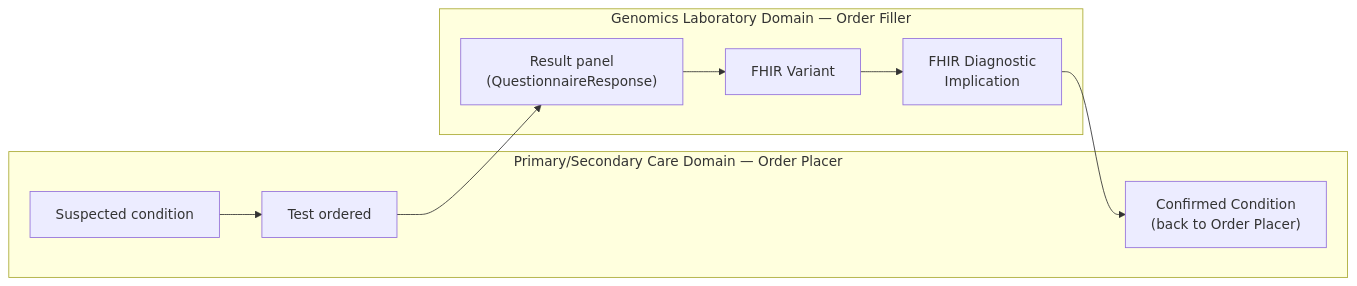
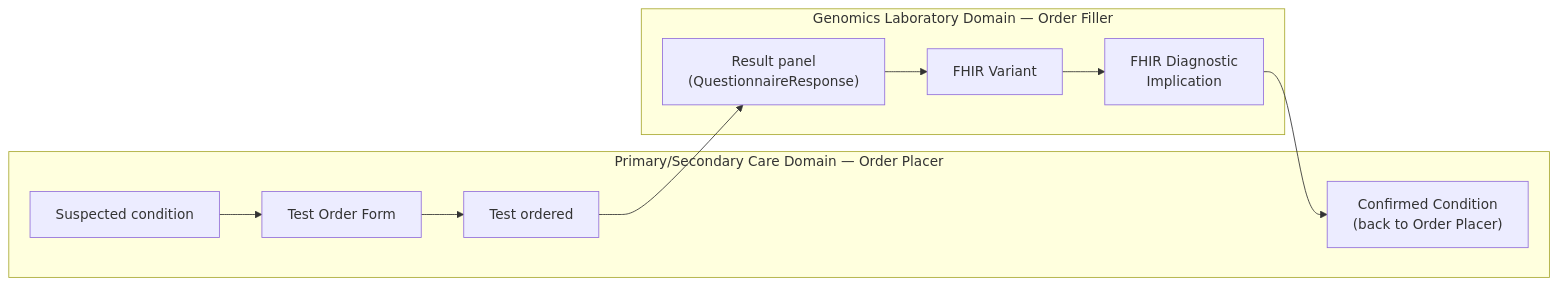
The first of 8 diagrams in input/pagecontent/diagnostic-core.md (nw-gmsa/nw-gmsa.github.com), drawn with Mermaid before and after one commit.

Commit message:
Insert Test Order Form between Suspected condition and Test ordered
Claude-Session: https://claude.ai/code/session_01HrKffi9wcZgtGxsrNfERaB

````diff
--- a/input/pagecontent/diagnostic-core.md
+++ b/input/pagecontent/diagnostic-core.md
@@ -38,16 +38,17 @@
 ```mermaid
 flowchart LR
     subgraph PSC["Primary/Secondary Care Domain — Order Placer"]
         A["Suspected condition"]
+        TOF["Test Order Form"]
         B["Test ordered"]
         F["Confirmed Condition<br/>(back to Order Placer)"]
     end
 
     subgraph LAB["Genomics Laboratory Domain — Order Filler"]
         C["Result panel<br/>(QuestionnaireResponse)"]
         D["FHIR Variant"]
         E["FHIR Diagnostic<br/>Implication"]
     end
 
-    A --> B --> C --> D --> E --> F
+    A --> TOF --> B --> C --> D --> E --> F
 ```
````
